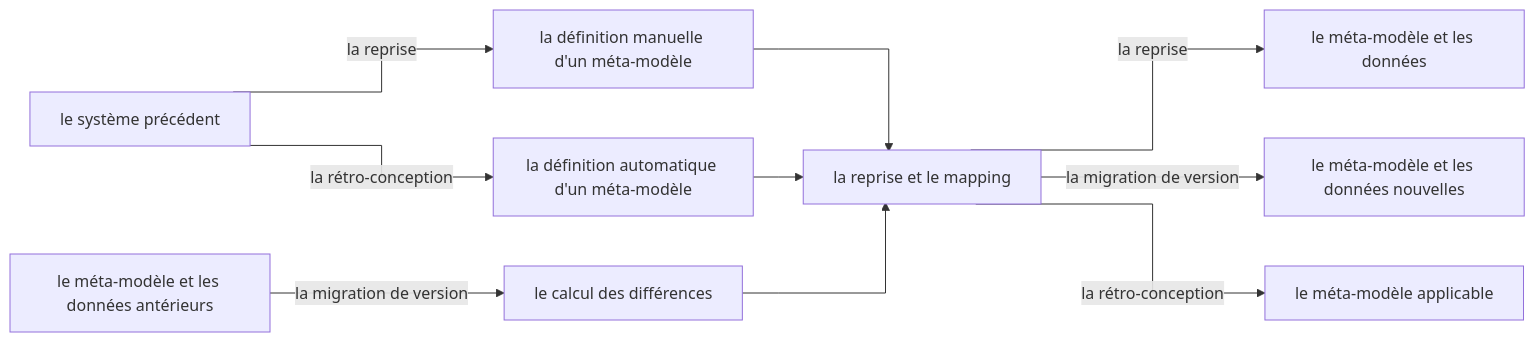
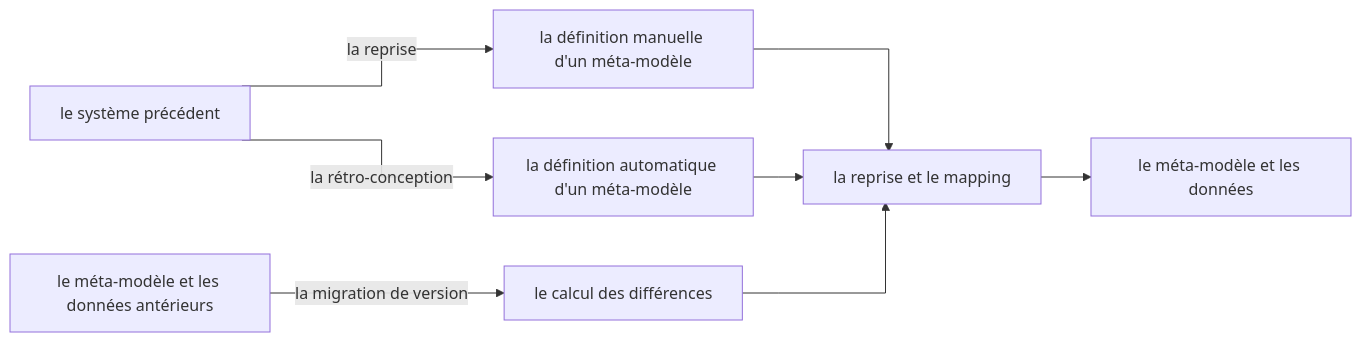
One commit to AymericLesert/Syncytium changed the diagram in docs/syncytium/08-migration/README.md. Above: the diagram before and after it, drawn with Mermaid. The commit also changed other lines of this file and 2 other files, not shown here.

````diff
--- a/docs/syncytium/08-migration/README.md
+++ b/docs/syncytium/08-migration/README.md
@@ -89,22 +90,18 @@
 ```mermaid
 %%{init: {"flowchart": {"curve": "stepAfter"}}}%%
 flowchart LR
     SP["le système précédent"]
     MA["le méta-modèle et les données antérieurs"]
     DM["la définition manuelle d'un méta-modèle"]
     CD["le calcul des différences"]
     DA["la définition automatique d'un méta-modèle"]
     RM["la reprise et le mapping"]
-    R1["le méta-modèle et les données"]
-    R2["le méta-modèle et les données nouvelles"]
-    R3["le méta-modèle applicable"]
+    R["le méta-modèle et les données"]
     SP -- "la reprise" --> DM
     MA -- "la migration de version" --> CD
     SP -- "la rétro-conception" --> DA
     DM --> RM
     CD --> RM
     DA --> RM
-    RM -- "la reprise" --> R1
-    RM -- "la migration de version" --> R2
-    RM -- "la rétro-conception" --> R3
+    RM --> R
 ```
````
